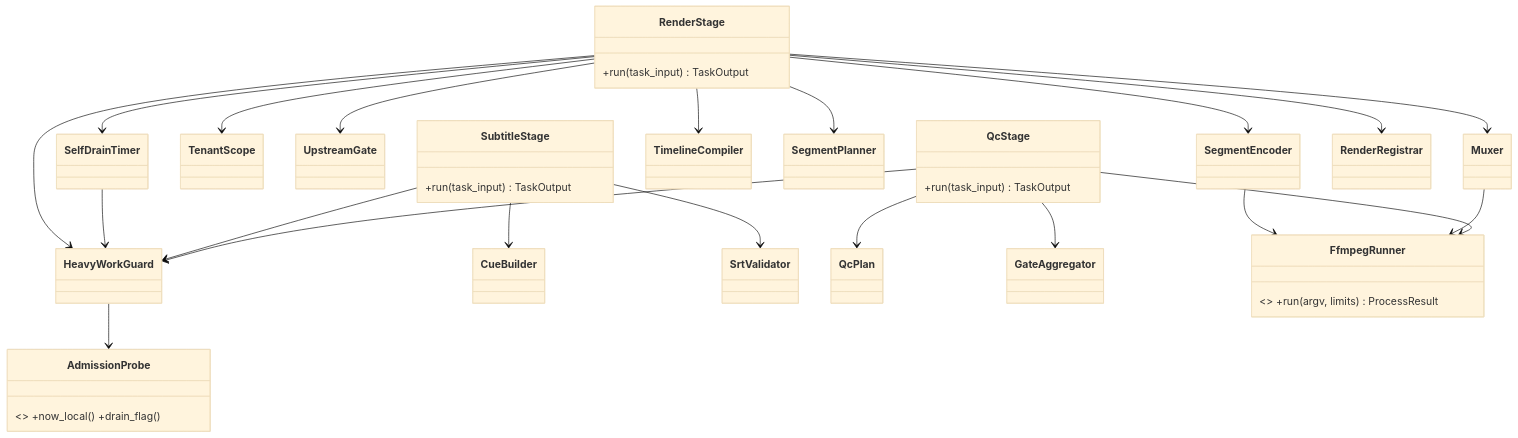
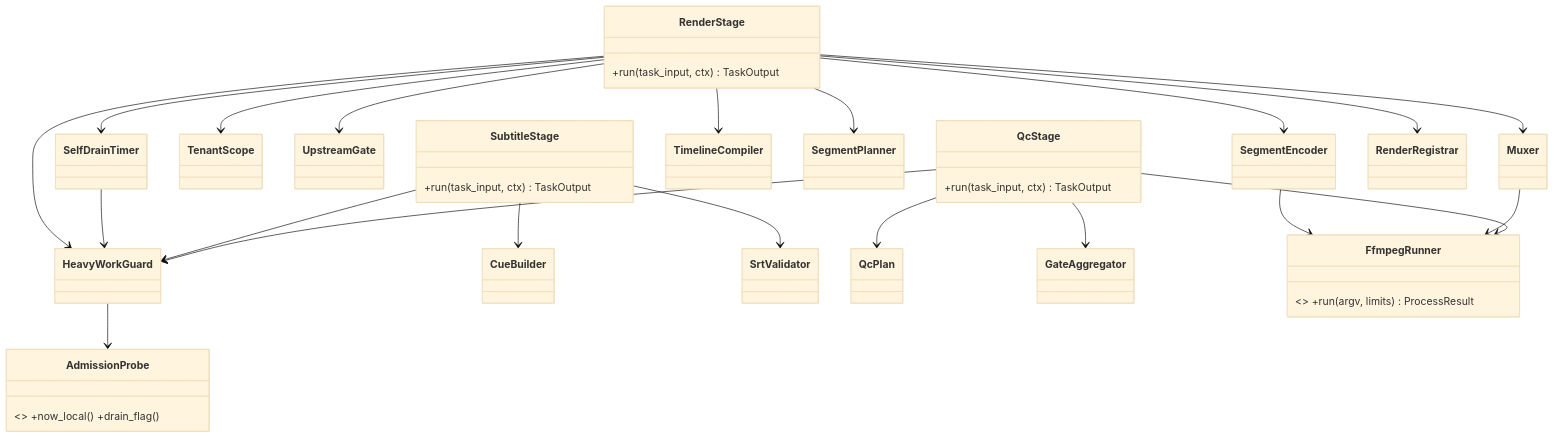
The fourth of 4 diagrams in docs/v4/agents/agent_10_video_editor.md (abhiwasu007-a11y/Media), drawn with Mermaid (base theme) before and after one commit. The commit also changed other lines of this file and 19 other files, not shown here.

````diff
--- a/docs/v4/agents/agent_10_video_editor.md
+++ b/docs/v4/agents/agent_10_video_editor.md
@@ -635,41 +635,41 @@
 ```mermaid
 classDiagram
-  class RenderStage { +run(task_input) TaskOutput }
-  class SubtitleStage { +run(task_input) TaskOutput }
-  class QcStage { +run(task_input) TaskOutput }
+  class RenderStage { +run(task_input, ctx) TaskOutput }
+  class SubtitleStage { +run(task_input, ctx) TaskOutput }
+  class QcStage { +run(task_input, ctx) TaskOutput }
   class TenantScope
   class UpstreamGate
   class HeavyWorkGuard
   class SelfDrainTimer
   class TimelineCompiler
   class SegmentPlanner
   class SegmentEncoder
   class Muxer
   class RenderRegistrar
   class CueBuilder
   class SrtValidator
   class QcPlan
   class GateAggregator
   class FfmpegRunner { <<Protocol>> +run(argv, limits) ProcessResult }
   class AdmissionProbe { <<Protocol>> +now_local() +drain_flag() }
   RenderStage --> TenantScope
   RenderStage --> UpstreamGate
   RenderStage --> HeavyWorkGuard
   RenderStage --> TimelineCompiler
   RenderStage --> SegmentPlanner
   RenderStage --> SegmentEncoder
   RenderStage --> Muxer
   RenderStage --> RenderRegistrar
   SegmentEncoder --> FfmpegRunner
   Muxer --> FfmpegRunner
   HeavyWorkGuard --> AdmissionProbe
   SelfDrainTimer --> HeavyWorkGuard
   RenderStage --> SelfDrainTimer
   SubtitleStage --> HeavyWorkGuard
   QcStage --> HeavyWorkGuard
   SubtitleStage --> CueBuilder
   SubtitleStage --> SrtValidator
   QcStage --> QcPlan
   QcStage --> FfmpegRunner
   QcStage --> GateAggregator
 ```
````
